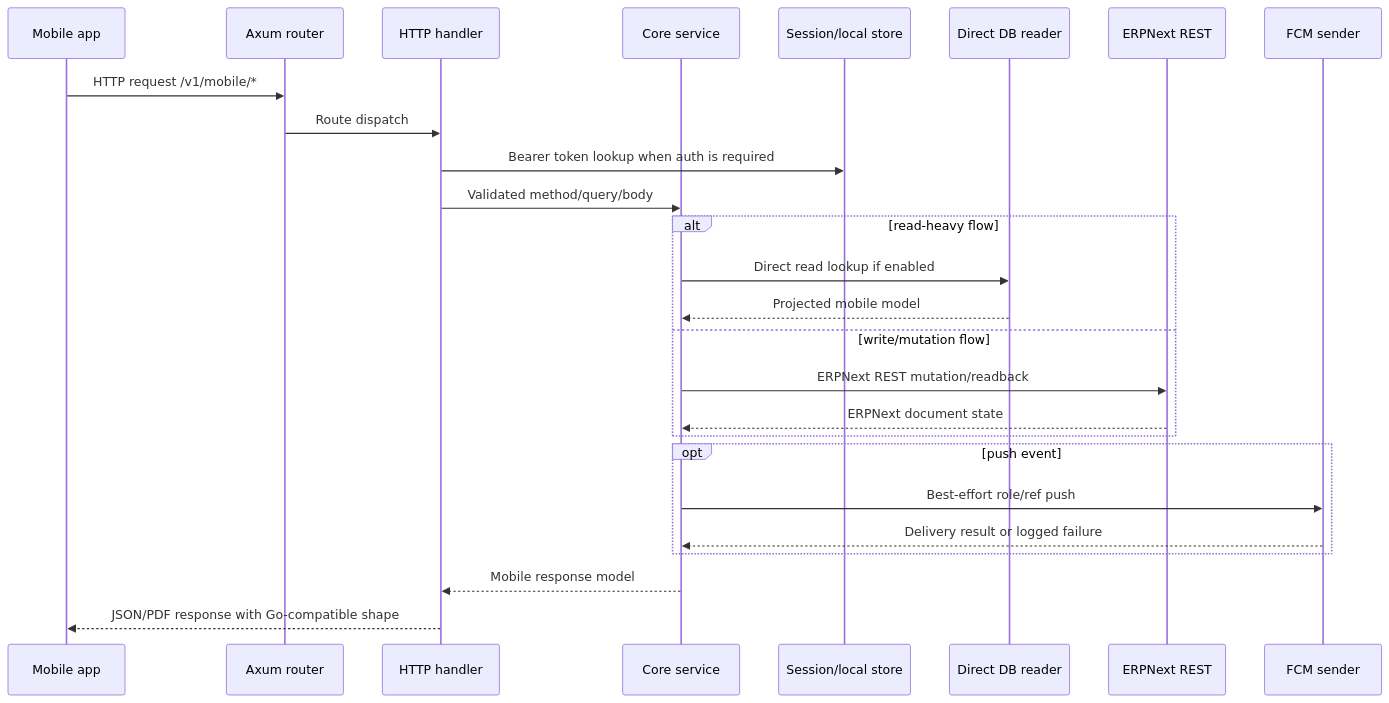
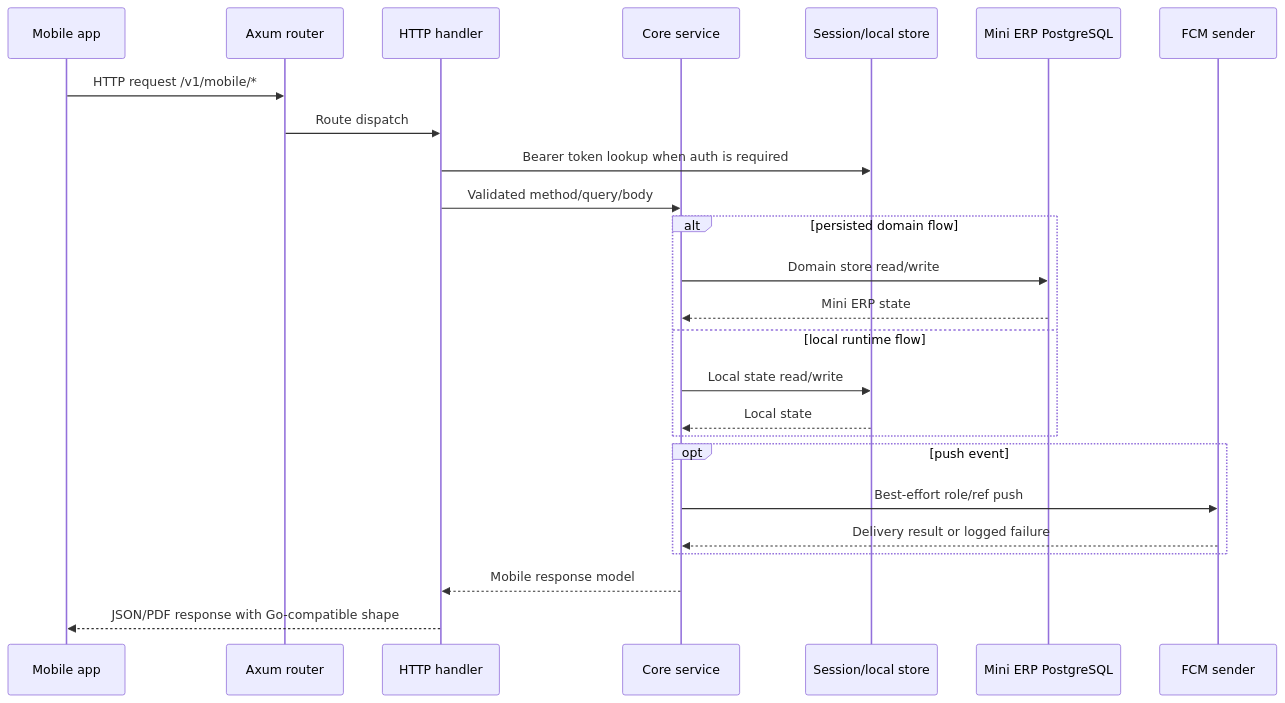
The second of 2 diagrams in README.md (WIKKIwk/mini_rs_erp), drawn with Mermaid before and after one commit. The commit also changed other lines of this file and 58 other files, not shown here.

````diff
--- a/README.md
+++ b/README.md
@@ -226,29 +186,28 @@
 ```mermaid
 sequenceDiagram
     participant App as Mobile app
     participant Router as Axum router
     participant Handler as HTTP handler
     participant Domain as Core service
     participant Store as Session/local store
-    participant DB as Direct DB reader
-    participant ERP as ERPNext REST
+    participant DB as Mini ERP PostgreSQL
     participant Push as FCM sender
 
     App->>Router: HTTP request /v1/mobile/*
     Router->>Handler: Route dispatch
     Handler->>Store: Bearer token lookup when auth is required
     Handler->>Domain: Validated method/query/body
-    alt read-heavy flow
-        Domain->>DB: Direct read lookup if enabled
-        DB-->>Domain: Projected mobile model
-    else write/mutation flow
-        Domain->>ERP: ERPNext REST mutation/readback
-        ERP-->>Domain: ERPNext document state
+    alt persisted domain flow
+        Domain->>DB: Domain store read/write
+        DB-->>Domain: Mini ERP state
+    else local runtime flow
+        Domain->>Store: Local state read/write
+        Store-->>Domain: Local state
     end
     opt push event
         Domain->>Push: Best-effort role/ref push
         Push-->>Domain: Delivery result or logged failure
     end
     Domain-->>Handler: Mobile response model
     Handler-->>App: JSON/PDF response with Go-compatible shape
 ```
````
